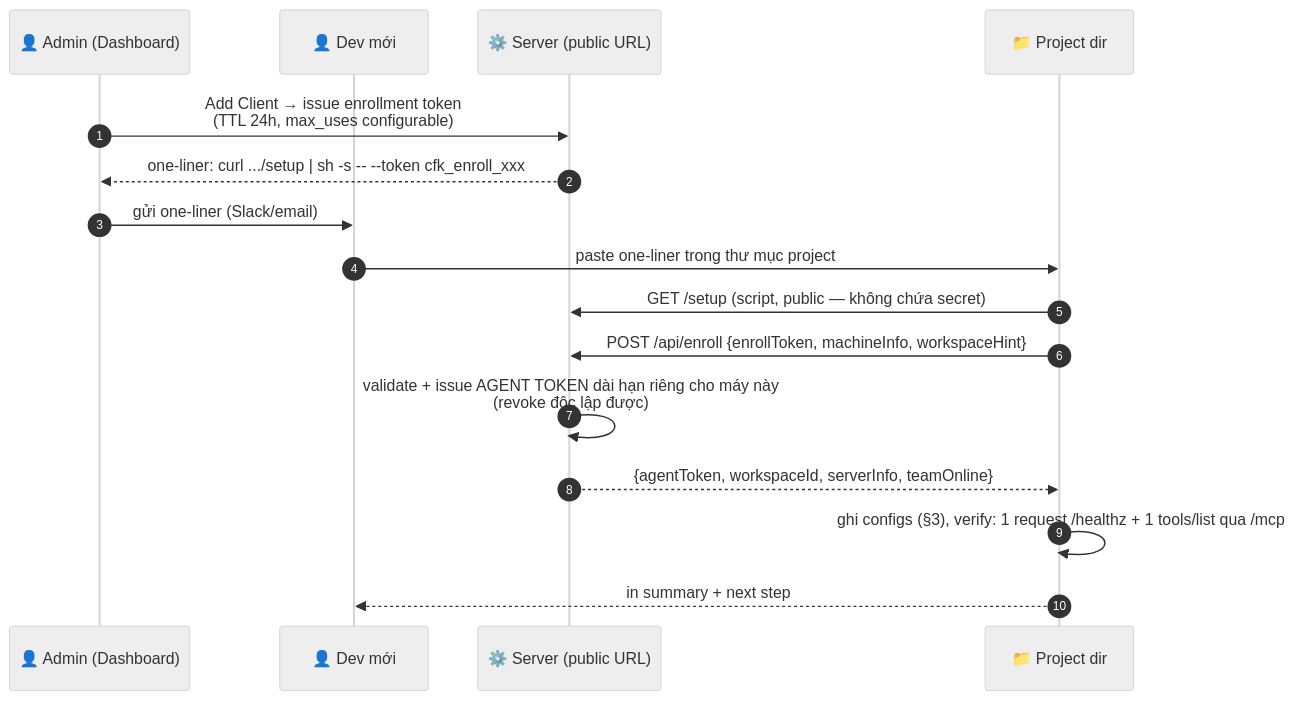
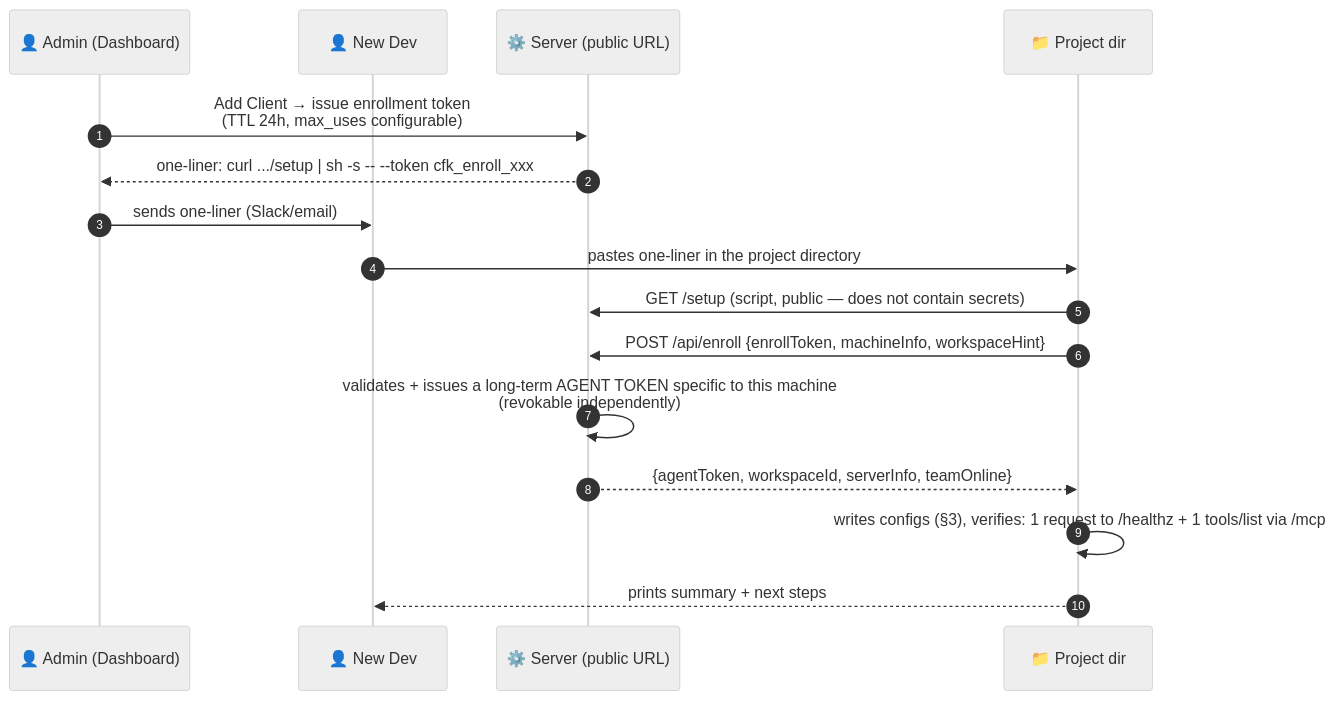
The diagram in docs/plans/05_setup_ux_and_onboarding.md (hiimtrung/co-force), drawn with Mermaid (neutral theme) before and after one commit. The commit also changed other lines of this file and 17 other files, not shown here.

````diff
--- a/docs/plans/05_setup_ux_and_onboarding.md
+++ b/docs/plans/05_setup_ux_and_onboarding.md
@@ -26,19 +26,19 @@
 ```mermaid
 sequenceDiagram
     autonumber
     participant Admin as 👤 Admin (Dashboard)
-    participant U as 👤 Dev mới
+    participant Dev as 👤 New Dev
     participant S as ⚙️ Server (public URL)
     participant P as 📁 Project dir
 
     Admin->>S: Add Client → issue enrollment token<br/>(TTL 24h, max_uses configurable)
     S-->>Admin: one-liner: curl .../setup | sh -s -- --token cfk_enroll_xxx
-    Admin->>U: gửi one-liner (Slack/email)
-    U->>P: paste one-liner trong thư mục project
-    P->>S: GET /setup (script, public — không chứa secret)
+    Admin->>Dev: sends one-liner (Slack/email)
+    Dev->>P: pastes one-liner in the project directory
+    P->>S: GET /setup (script, public — does not contain secrets)
     P->>S: POST /api/enroll {enrollToken, machineInfo, workspaceHint}
-    S->>S: validate + issue AGENT TOKEN dài hạn riêng cho máy này<br/>(revoke độc lập được)
+    S->>S: validates + issues a long-term AGENT TOKEN specific to this machine<br/>(revokable independently)
     S-->>P: {agentToken, workspaceId, serverInfo, teamOnline}
-    P->>P: ghi configs (§3), verify: 1 request /healthz + 1 tools/list qua /mcp
-    P-->>U: in summary + next step
+    P->>P: writes configs (§3), verifies: 1 request to /healthz + 1 tools/list via /mcp
+    P-->>Dev: prints summary + next steps
 ```
````
